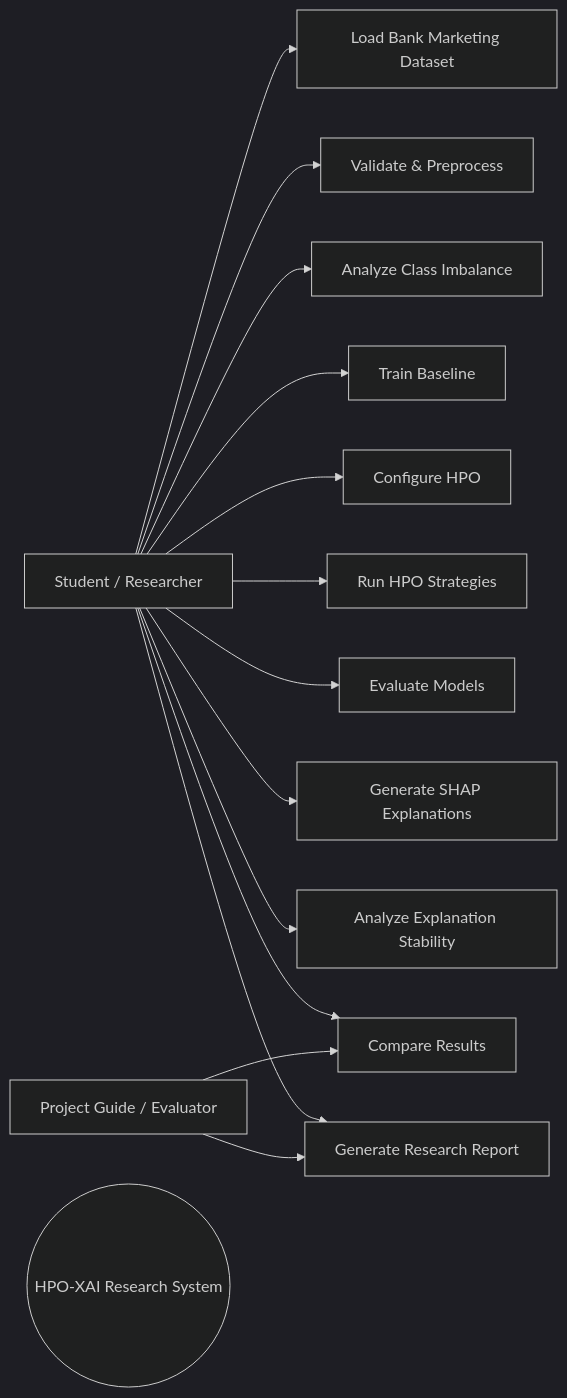
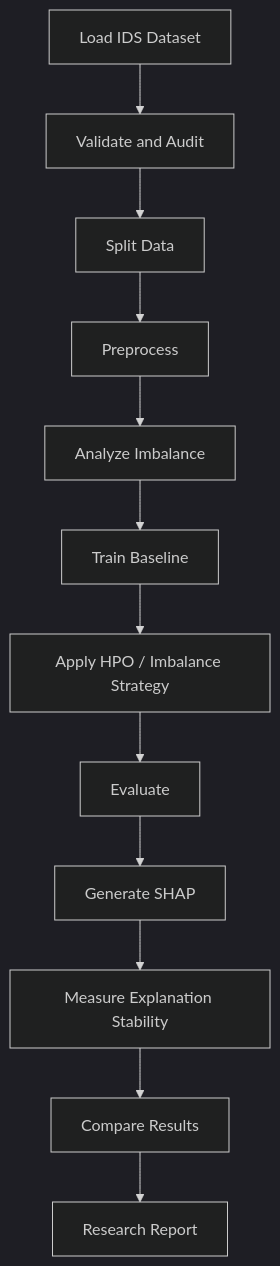
One commit to harshkhamkar26/Hyperparameter-Optimization-XAI changed the second of 3 diagrams in docs/SEPM/07_UML_Diagrams.md. Above: the diagram before and after it, drawn with Mermaid (dark theme). The commit also changed other lines of this file, not shown here.

Commit message:
Update UML scope for cybersecurity IDS

````diff
--- a/docs/SEPM/07_UML_Diagrams.md
+++ b/docs/SEPM/07_UML_Diagrams.md
@@ -5,30 +24,14 @@
 ```mermaid
-flowchart LR
-    U[Student / Researcher]
-    G[Project Guide / Evaluator]
-    S((HPO-XAI Research System))
-    A[Load Bank Marketing Dataset]
-    B[Validate & Preprocess]
-    C[Analyze Class Imbalance]
-    D[Train Baseline]
-    E[Configure HPO]
-    F[Run HPO Strategies]
-    H[Evaluate Models]
-    I[Generate SHAP Explanations]
-    J[Analyze Explanation Stability]
-    K[Compare Results]
-    L[Generate Research Report]
-    U --> A
-    U --> B
-    U --> C
-    U --> D
-    U --> E
-    U --> F
-    U --> H
-    U --> I
-    U --> J
-    U --> K
-    U --> L
-    G --> K
-    G --> L
+flowchart TD
+A[Load IDS Dataset] --> B[Validate and Audit]
+B --> C[Split Data]
+C --> D[Preprocess]
+D --> E[Analyze Imbalance]
+E --> F[Train Baseline]
+F --> G[Apply HPO / Imbalance Strategy]
+G --> H[Evaluate]
+H --> I[Generate SHAP]
+I --> J[Measure Explanation Stability]
+J --> K[Compare Results]
+K --> L[Research Report]
 ```
````
